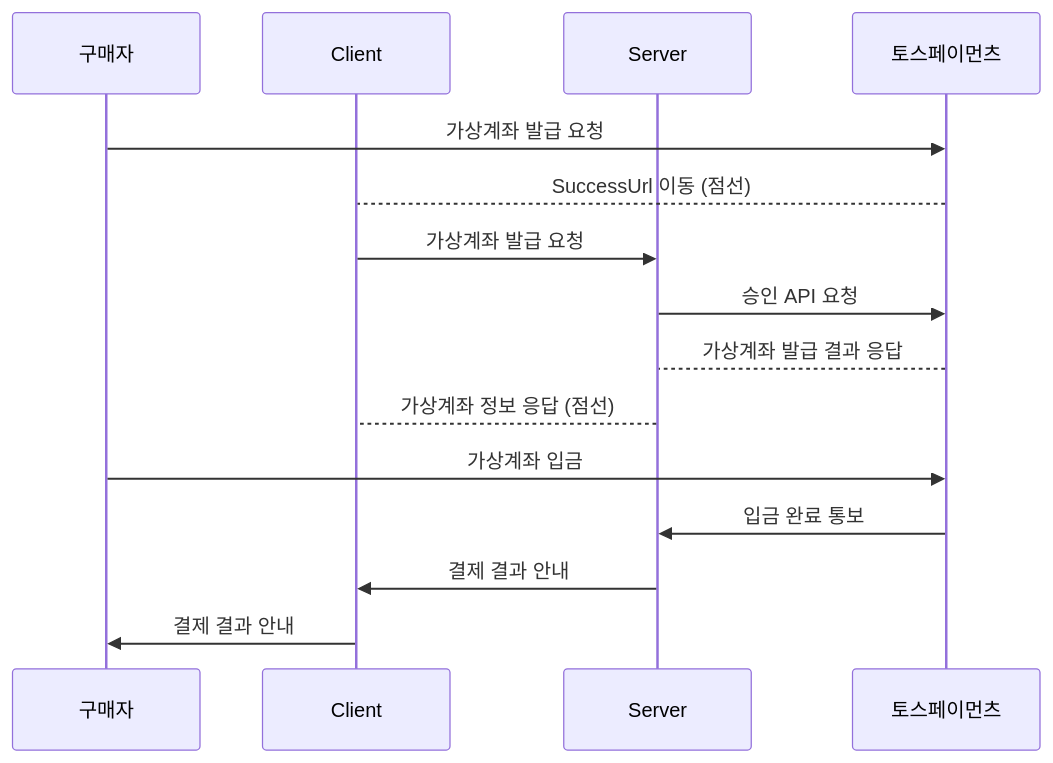
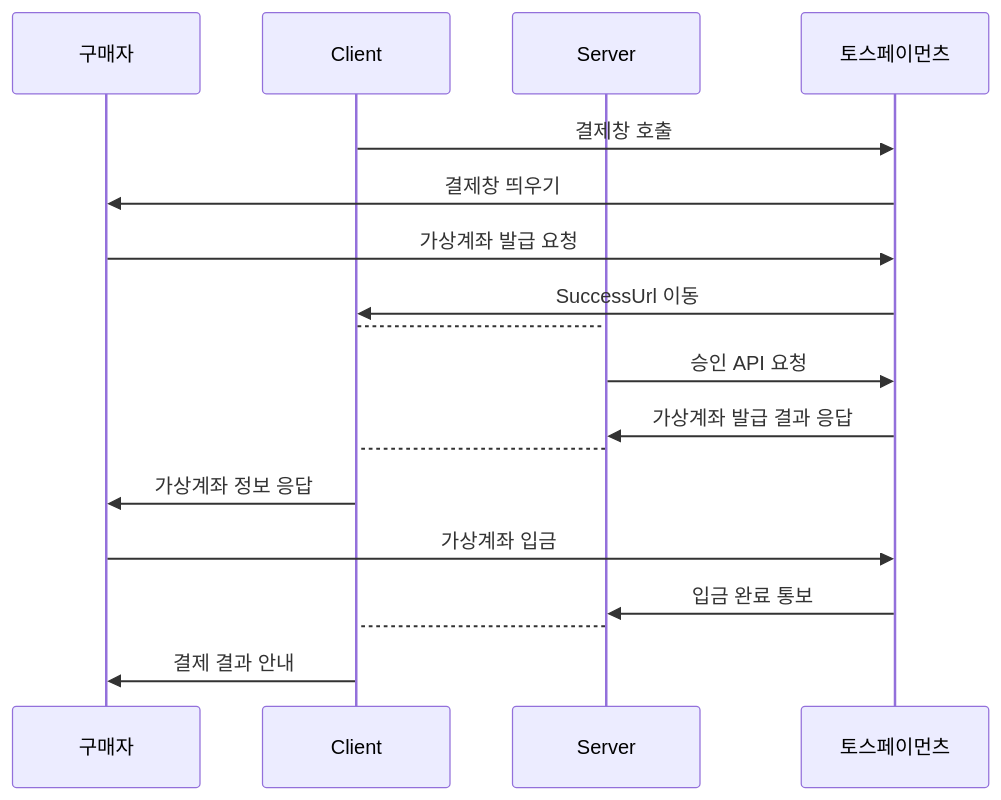
One commit to sumin2eee/NBE2_2_Team6 changed the sixth of 6 diagrams in README.md. Above: the diagram before and after it, drawn with Mermaid.

````diff
--- a/README.md
+++ b/README.md
@@ -128,18 +128,21 @@
 ```mermaid
 sequenceDiagram
     participant Buyer as 구매자
     participant Client
     participant Server
     participant PaymentGateway as 토스페이먼츠
 
+    Client->>PaymentGateway: 결제창 호출
+    PaymentGateway->>Buyer: 결제창 띄우기
     Buyer->>PaymentGateway: 가상계좌 발급 요청
-    PaymentGateway-->Client: SuccessUrl 이동 (점선)
-    Client->>Server: 가상계좌 발급 요청
+    PaymentGateway->>Client: SuccessUrl 이동 
+    Client-->Server: 
     Server->>PaymentGateway: 승인 API 요청
-    PaymentGateway-->Server: 가상계좌 발급 결과 응답
-    Server-->Client: 가상계좌 정보 응답 (점선)
+    PaymentGateway->>Server: 가상계좌 발급 결과 응답
+    Server-->Client: 
+    Client->>Buyer: 가상계좌 정보 응답 
     Buyer->>PaymentGateway: 가상계좌 입금
     PaymentGateway->>Server: 입금 완료 통보
-    Server->>Client: 결제 결과 안내
+    Server-->Client: 
     Client->>Buyer: 결제 결과 안내
 ```
````
